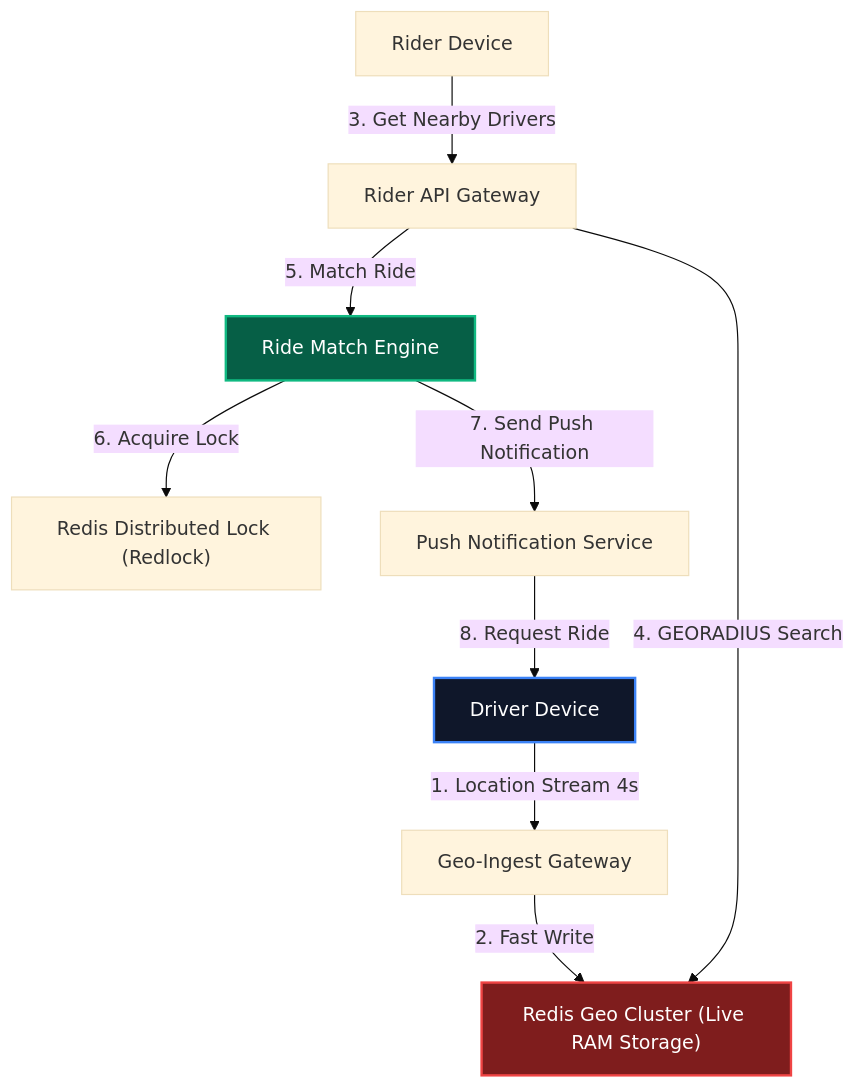
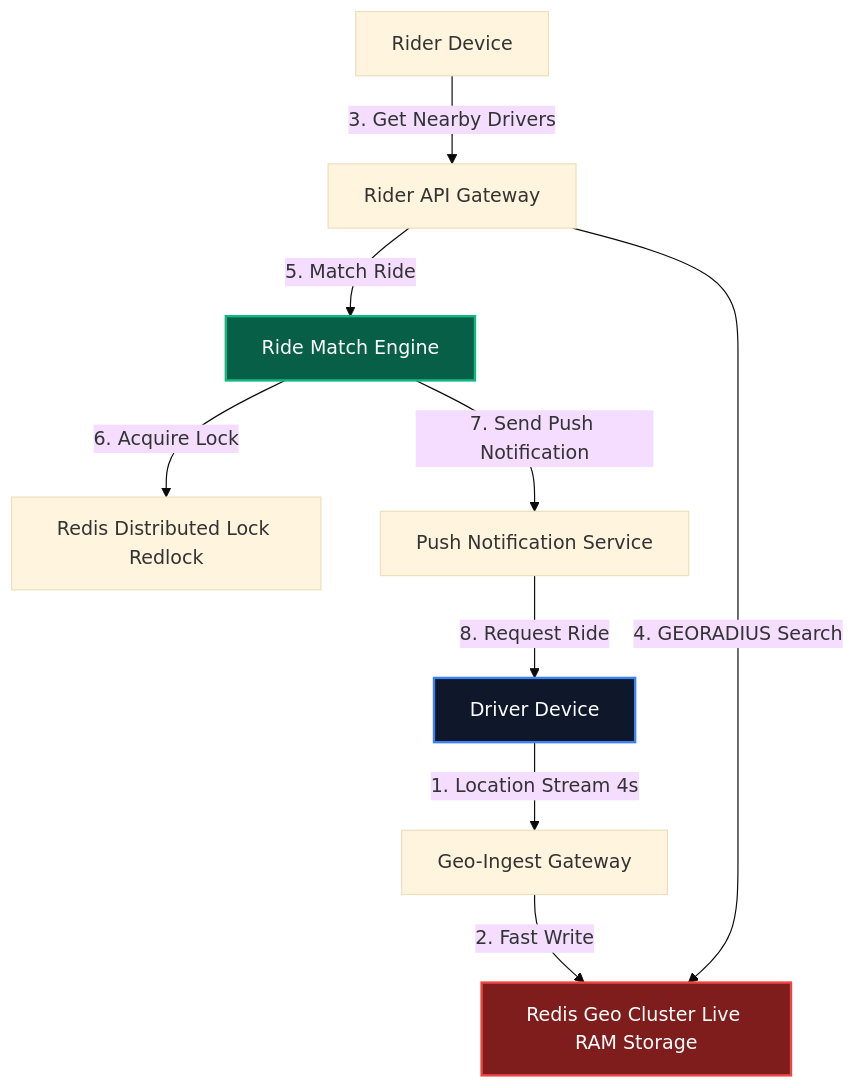
One commit to awoladhossain/awolad-docs changed the seventh of 8 diagrams in content/system-design.md. Above: the diagram before and after it, drawn with Mermaid (base theme). The commit also changed other lines of this file, not shown here.

Commit message:
fix: cleaned parentheses and slashes in chapters 5 and 6 mermaid diagrams

````diff
--- a/content/system-design.md
+++ b/content/system-design.md
@@ -700,17 +700,17 @@
 ```mermaid
 flowchart TD
     DriverApp["Driver Device"] -->|1. Location Stream 4s| IngestGW["Geo-Ingest Gateway"]
-    IngestGW -->|2. Fast Write| RedisGeo["Redis Geo Cluster (Live RAM Storage)"]
+    IngestGW -->|2. Fast Write| RedisGeo["Redis Geo Cluster Live RAM Storage"]
     
     RiderApp["Rider Device"] -->|3. Get Nearby Drivers| RiderAPI["Rider API Gateway"]
     RiderAPI -->|4. GEORADIUS Search| RedisGeo
     
     RiderAPI -->|5. Match Ride| MatchService["Ride Match Engine"]
-    MatchService -->|6. Acquire Lock| RedisLock["Redis Distributed Lock (Redlock)"]
+    MatchService -->|6. Acquire Lock| RedisLock["Redis Distributed Lock Redlock"]
     MatchService -->|7. Send Push Notification| NotifyService["Push Notification Service"]
     NotifyService -->|8. Request Ride| DriverApp
     
     style DriverApp fill:#0f172a,stroke:#3b82f6,stroke-width:2px,color:#fff
     style RedisGeo fill:#7f1d1d,stroke:#ef4444,stroke-width:2px,color:#fff
     style MatchService fill:#065f46,stroke:#10b981,stroke-width:2px,color:#fff
 ```
````
